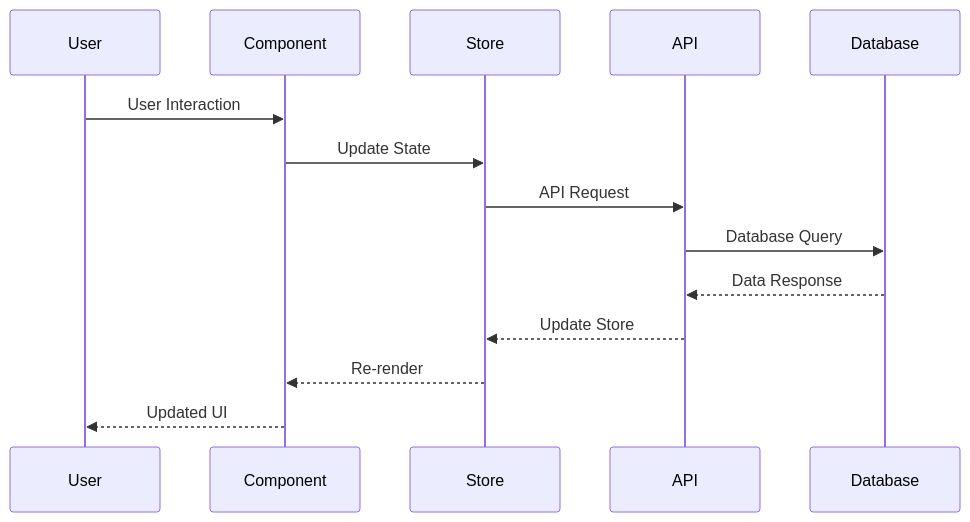
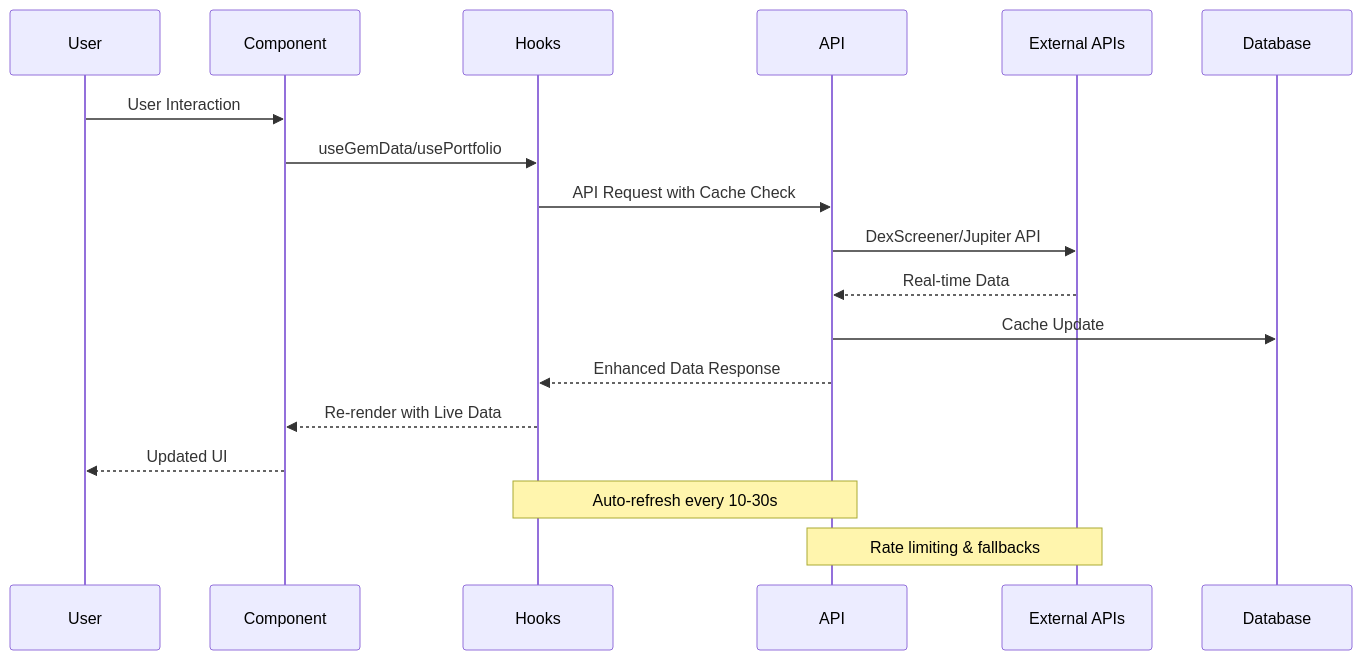
The fifth of 22 diagrams in COMPREHENSIVE_REPOSITORY_ANALYSIS.md (didier3529/Bradley-AI), drawn with Mermaid before and after one commit. The commit also changed other lines of this file and 224 other files, not shown here.

````diff
--- a/COMPREHENSIVE_REPOSITORY_ANALYSIS.md
+++ b/COMPREHENSIVE_REPOSITORY_ANALYSIS.md
@@ -249,17 +458,22 @@
 ```mermaid
 sequenceDiagram
     participant U as User
     participant C as Component
-    participant S as Store
+    participant H as Hooks
     participant A as API
+    participant E as External APIs
     participant D as Database
 
     U->>C: User Interaction
-    C->>S: Update State
-    S->>A: API Request
-    A->>D: Database Query
-    D-->>A: Data Response
-    A-->>S: Update Store
-    S-->>C: Re-render
+    C->>H: useGemData/usePortfolio
+    H->>A: API Request with Cache Check
+    A->>E: DexScreener/Jupiter API
+    E-->>A: Real-time Data
+    A->>D: Cache Update
+    A-->>H: Enhanced Data Response
+    H-->>C: Re-render with Live Data
     C-->>U: Updated UI
+
+    Note over H,A: Auto-refresh every 10-30s
+    Note over A,E: Rate limiting & fallbacks
 ```
````
